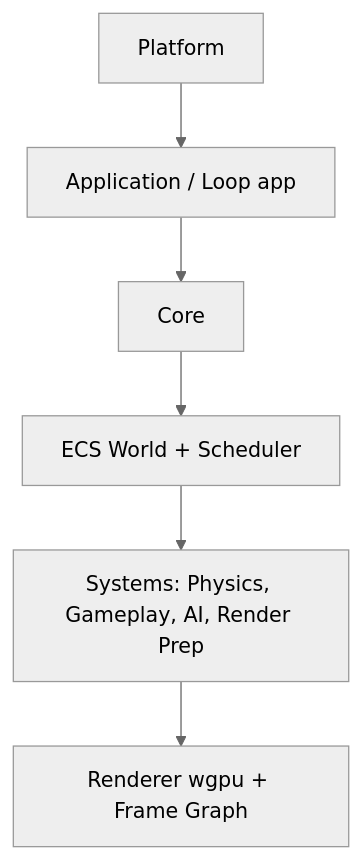
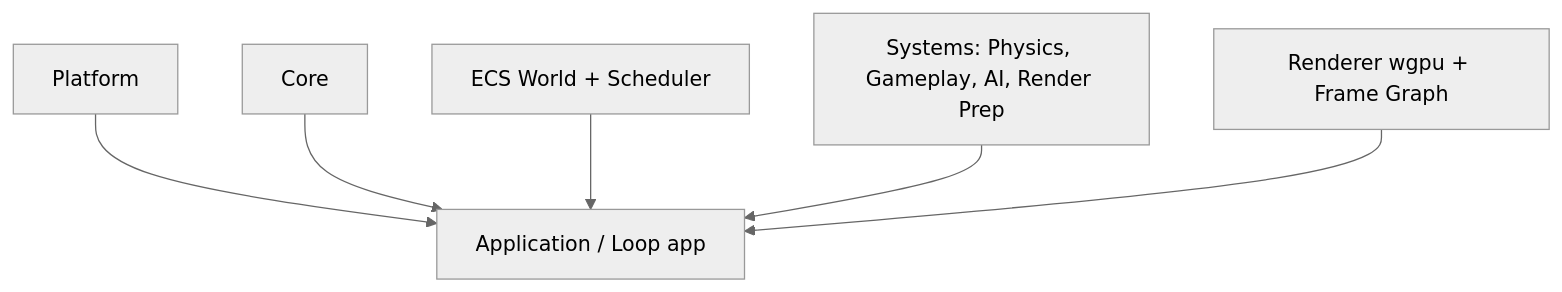
Before and after one commit to diamondbo/rustgine: the diagram in docs/architecture.md, drawn with Mermaid (neutral theme). The commit also changed other lines of this file and 35 other files, not shown here.

````diff
--- a/docs/architecture.md
+++ b/docs/architecture.md
@@ -7,8 +7,8 @@
 ```mermaid
 flowchart TD
-    A[Platform] --> B[Application / Loop app]
-    B --> C[Core]
-    C --> D[ECS World + Scheduler]
-    D --> E[Systems: Physics, Gameplay, AI, Render Prep]
-    E --> F[Renderer wgpu + Frame Graph]
+    B[Platform] --> A[Application / Loop app]
+    C[Core] --> A
+    D[ECS World + Scheduler] --> A
+    E[Systems: Physics, Gameplay, AI, Render Prep] --> A
+    F[Renderer wgpu + Frame Graph] --> A
 ```
````
